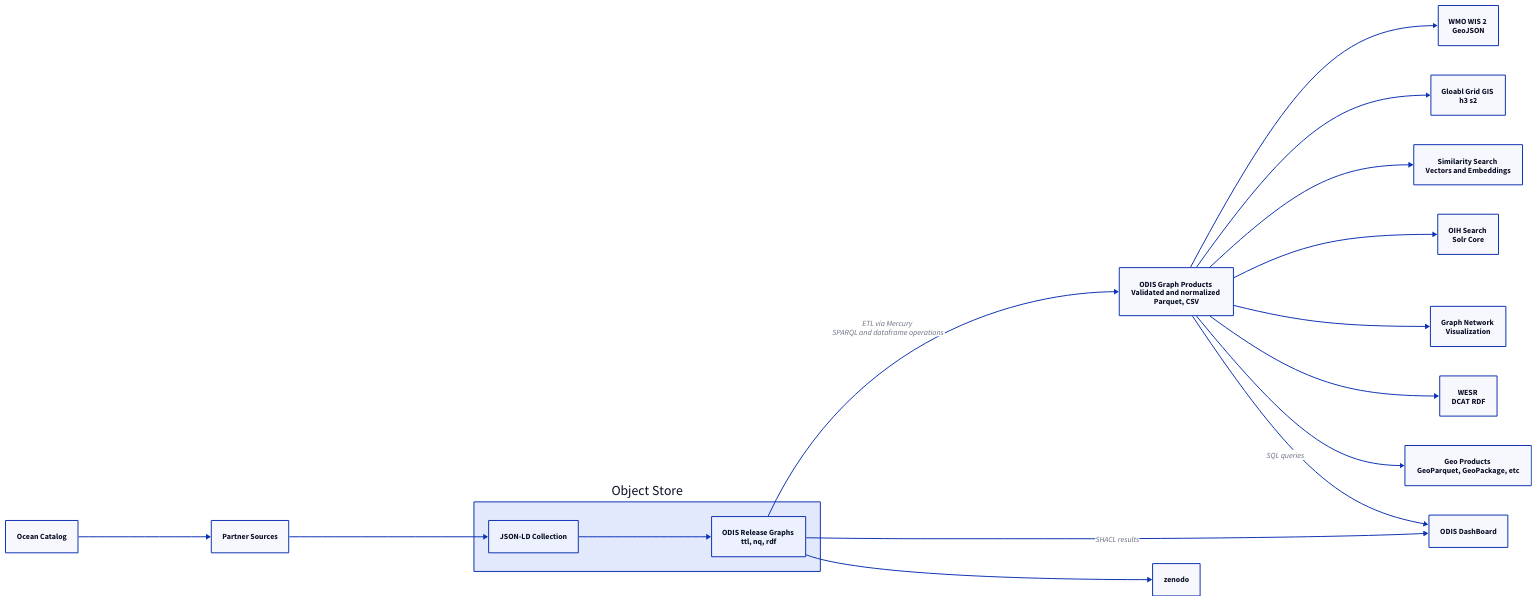
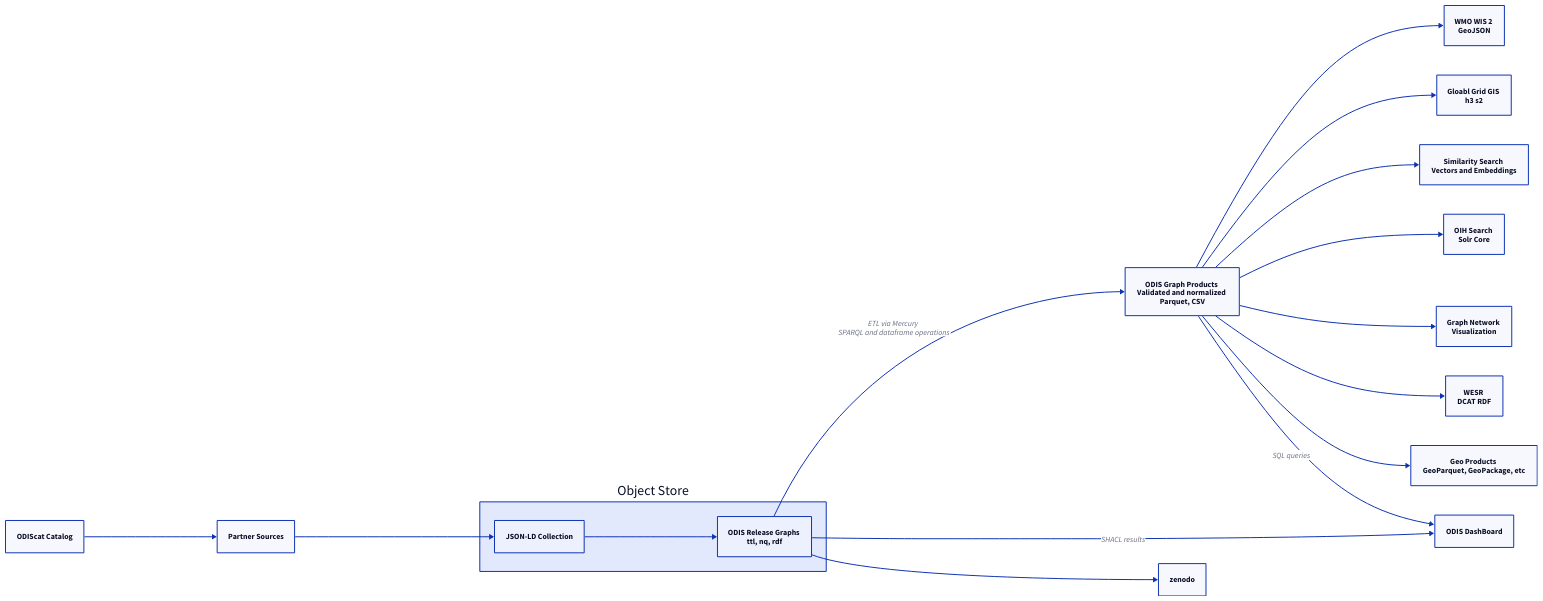
Before and after one commit to iodepo/odis-arch: the diagram in graphOps/extraction/docs/images/querydataframe.d2, drawn with D2. The commit also changed 8 other files, not shown here.

```diff
--- a/graphOps/extraction/docs/images/querydataframe.d2
+++ b/graphOps/extraction/docs/images/querydataframe.d2
@@ -1,38 +1,38 @@
 direction:right
 
-ocat: Ocean Catalog
+ocat: ODIScat Catalog
 s: Partner Sources
 s3: Object Store {
 os: JSON-LD Collection
 rg: ODIS Release Graphs \n ttl, nq, rdf
 
 }
 dash: ODIS DashBoard
 
 sbr: ODIS Graph Products \n Validated and normalized  \nParquet, CSV
 
 ocat -> s
 
 s -> s3.os -> s3.rg
 
 s3.rg -> sbr: ETL via Mercury \n SPARQL and dataframe operations
 
 wis: WMO WIS 2 \n GeoJSON
 gg: Gloabl Grid GIS \n h3 s2
 v: Similarity Search \n Vectors and Embeddings
 solr: OIH Search \n Solr Core
 gml: Graph Network \n Visualization
 wesr: WESR \n DCAT RDF
 geo: Geo Products \n GeoParquet, GeoPackage, etc
 
 sbr -> wis
 sbr -> gg
 sbr -> v
 sbr -> solr
 sbr -> gml
 sbr -> wesr
 sbr -> geo
 
 s3.rg -> dash: SHACL results
 sbr -> dash: SQL queries
 s3.rg -> zenodo
```
